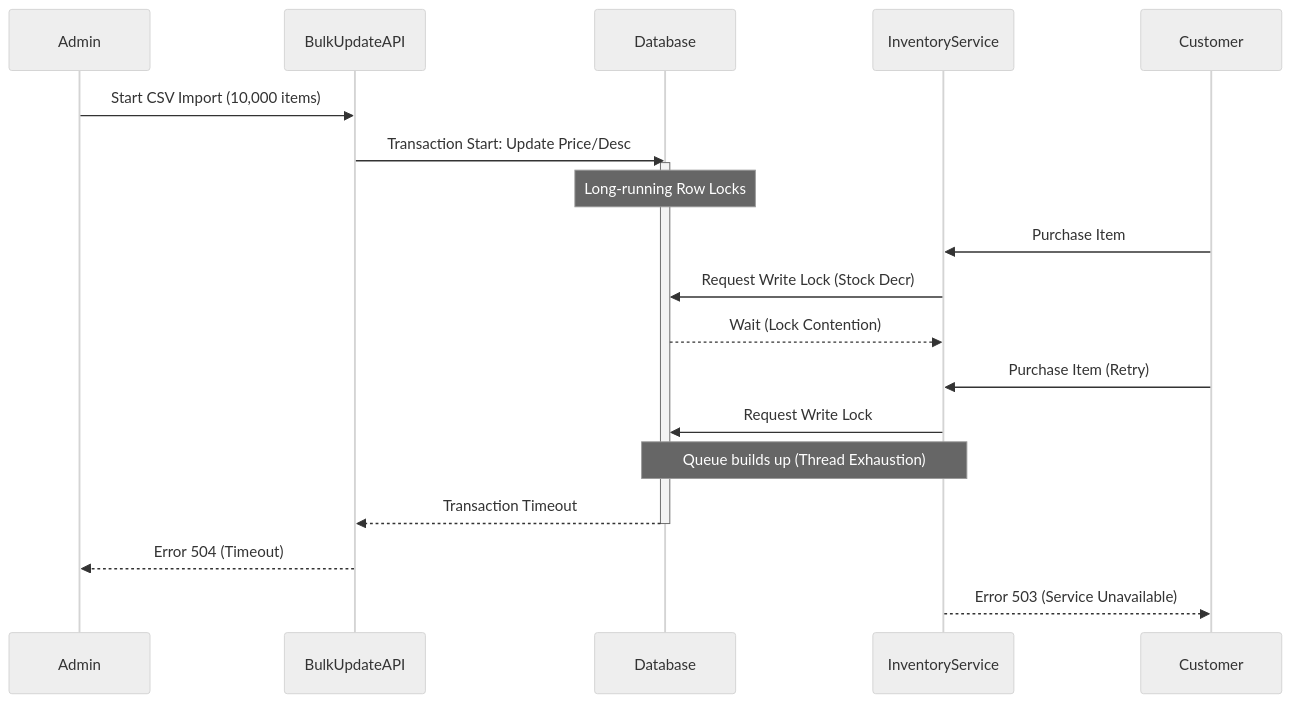
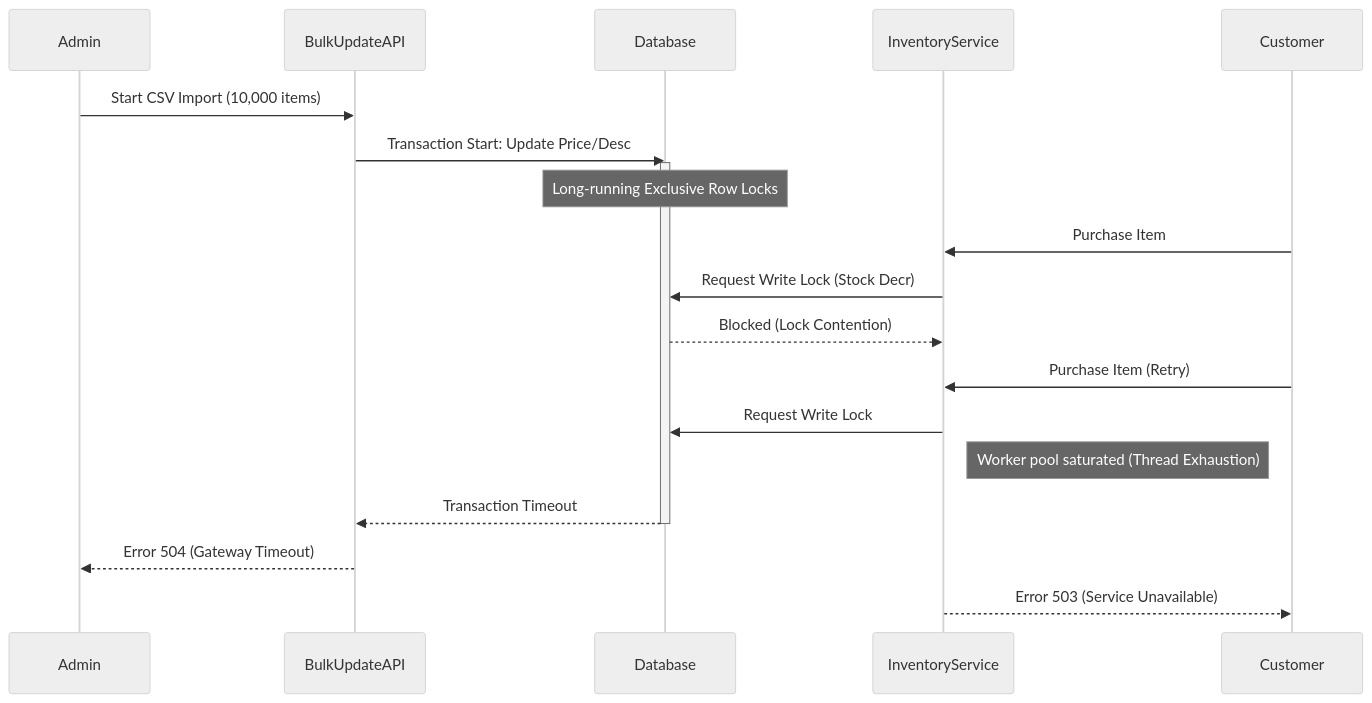
The diagram in docs/systems-thinking/emergence.md (vaishvanara/techwritingkb), drawn with Mermaid (neutral theme) before and after one commit. The commit also changed other lines of this file and 26 other files, not shown here.

````diff
--- a/docs/systems-thinking/emergence.md
+++ b/docs/systems-thinking/emergence.md
@@ -78,23 +78,23 @@
 ```mermaid
 sequenceDiagram
     participant Admin
     participant BulkUpdateAPI
     participant Database
     participant InventoryService
     participant Customer
 
     Admin->>BulkUpdateAPI: Start CSV Import (10,000 items)
     BulkUpdateAPI->>Database: Transaction Start: Update Price/Desc
     activate Database
-    Note over Database: Long-running Row Locks
+    Note over Database: Long-running Exclusive Row Locks
     Customer->>InventoryService: Purchase Item
     InventoryService->>Database: Request Write Lock (Stock Decr)
-    Database-->>InventoryService: Wait (Lock Contention)
+    Database-->>InventoryService: Blocked (Lock Contention)
     Customer->>InventoryService: Purchase Item (Retry)
     InventoryService->>Database: Request Write Lock
-    Note over Database, InventoryService: Queue builds up (Thread Exhaustion)
+    Note right of InventoryService: Worker pool saturated (Thread Exhaustion)
     Database-->>BulkUpdateAPI: Transaction Timeout
     deactivate Database
-    BulkUpdateAPI-->>Admin: Error 504 (Timeout)
+    BulkUpdateAPI-->>Admin: Error 504 (Gateway Timeout)
     InventoryService-->>Customer: Error 503 (Service Unavailable)
 ```
````
